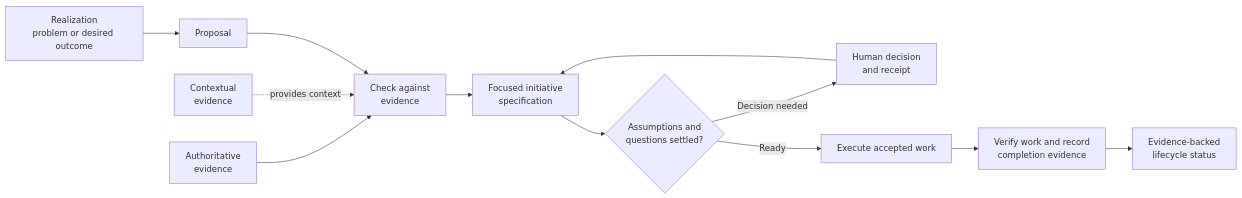
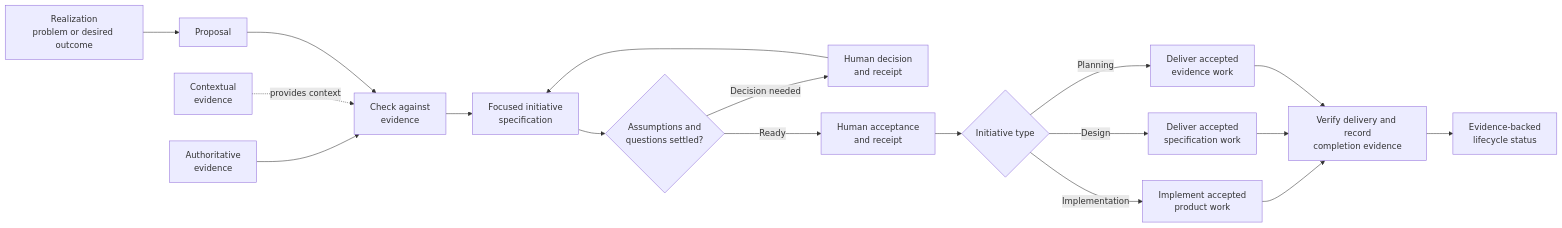
One commit to spkvfx/TADp changed the first of 2 diagrams in README.md. Above: the diagram before and after it, drawn with Mermaid. The commit also changed other lines of this file, not shown here.

````diff
--- a/README.md
+++ b/README.md
@@ -55,14 +79,20 @@
 ```mermaid
 flowchart LR
     R["Realization<br/>problem or desired outcome"] --> P["Proposal"]
     E["Authoritative<br/>evidence"] --> A["Check against<br/>evidence"]
     C["Contextual<br/>evidence"] -.->|provides context| A
     P --> A
     A --> I["Focused initiative<br/>specification"]
     I --> G{"Assumptions and<br/>questions settled?"}
     G -->|Decision needed| D["Human decision<br/>and receipt"]
     D --> I
-    G -->|Ready| X["Execute accepted work"]
-    X --> V["Verify work and record<br/>completion evidence"]
+    G -->|Ready| H["Human acceptance<br/>and receipt"]
+    H --> T{"Initiative type"}
+    T -->|Implementation| X["Implement accepted<br/>product work"]
+    T -->|Design| Y["Deliver accepted<br/>specification work"]
+    T -->|Planning| Z["Deliver accepted<br/>evidence work"]
+    X --> V["Verify delivery and record<br/>completion evidence"]
+    Y --> V
+    Z --> V
     V --> S["Evidence-backed<br/>lifecycle status"]
 ```
````
